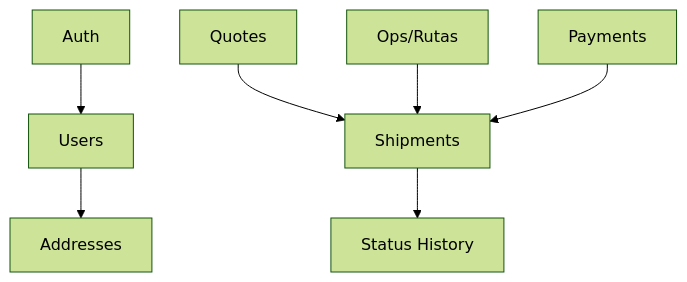
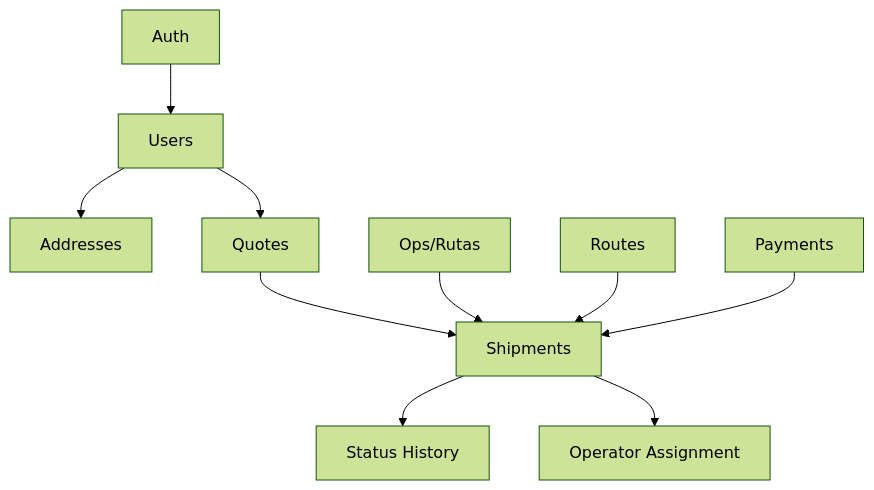
The second of 4 diagrams in README.md (apaul6dev/ia-repositorio), drawn with Mermaid (forest theme) before and after one commit. The commit also changed other lines of this file and 18 other files, not shown here.

````diff
--- a/README.md
+++ b/README.md
@@ -36,9 +37,12 @@
 ```mermaid
 flowchart TD
   Auth --> Users
   Users --> Addresses
+  Users --> Quotes
   Quotes --> Shipments
   Shipments --> Status[Status History]
+  Shipments --> Operator[Operator Assignment]
   Ops[Ops/Rutas] --> Shipments
+  Routes --> Shipments
   Payments --> Shipments
 ```
````
